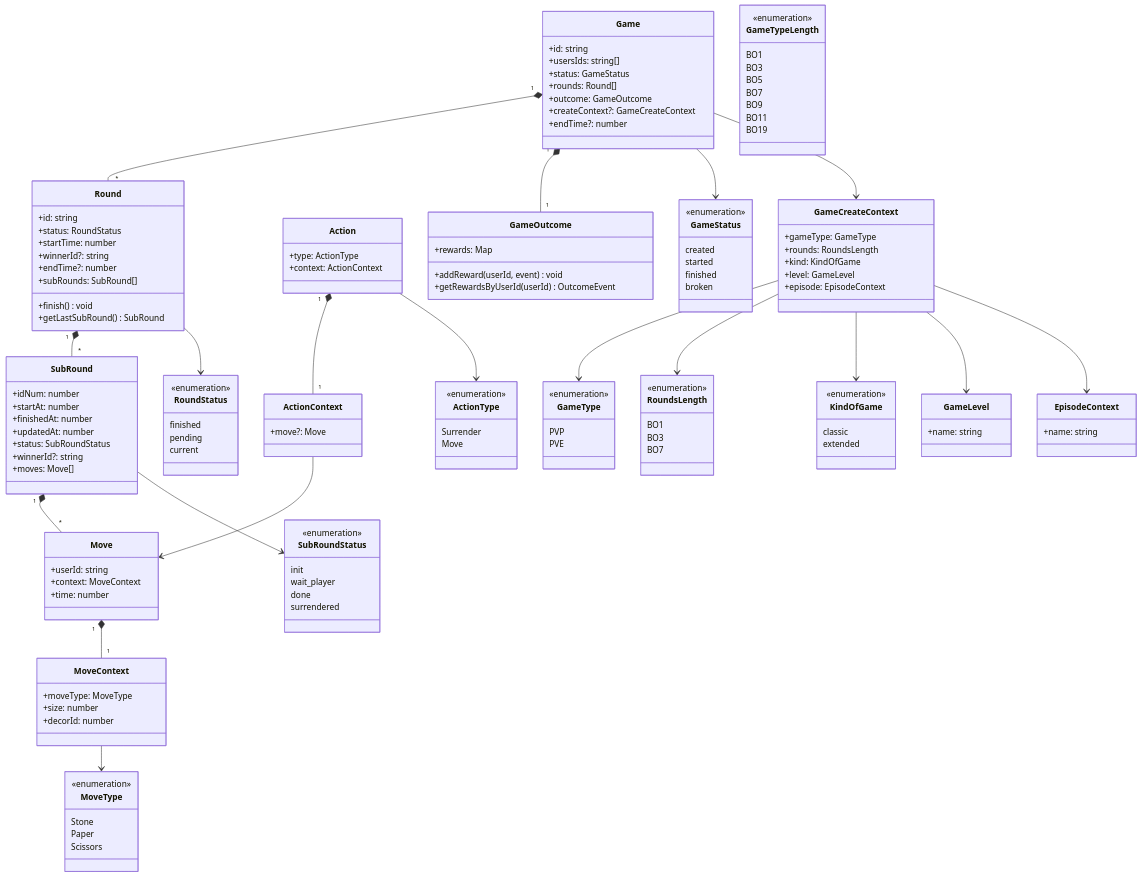
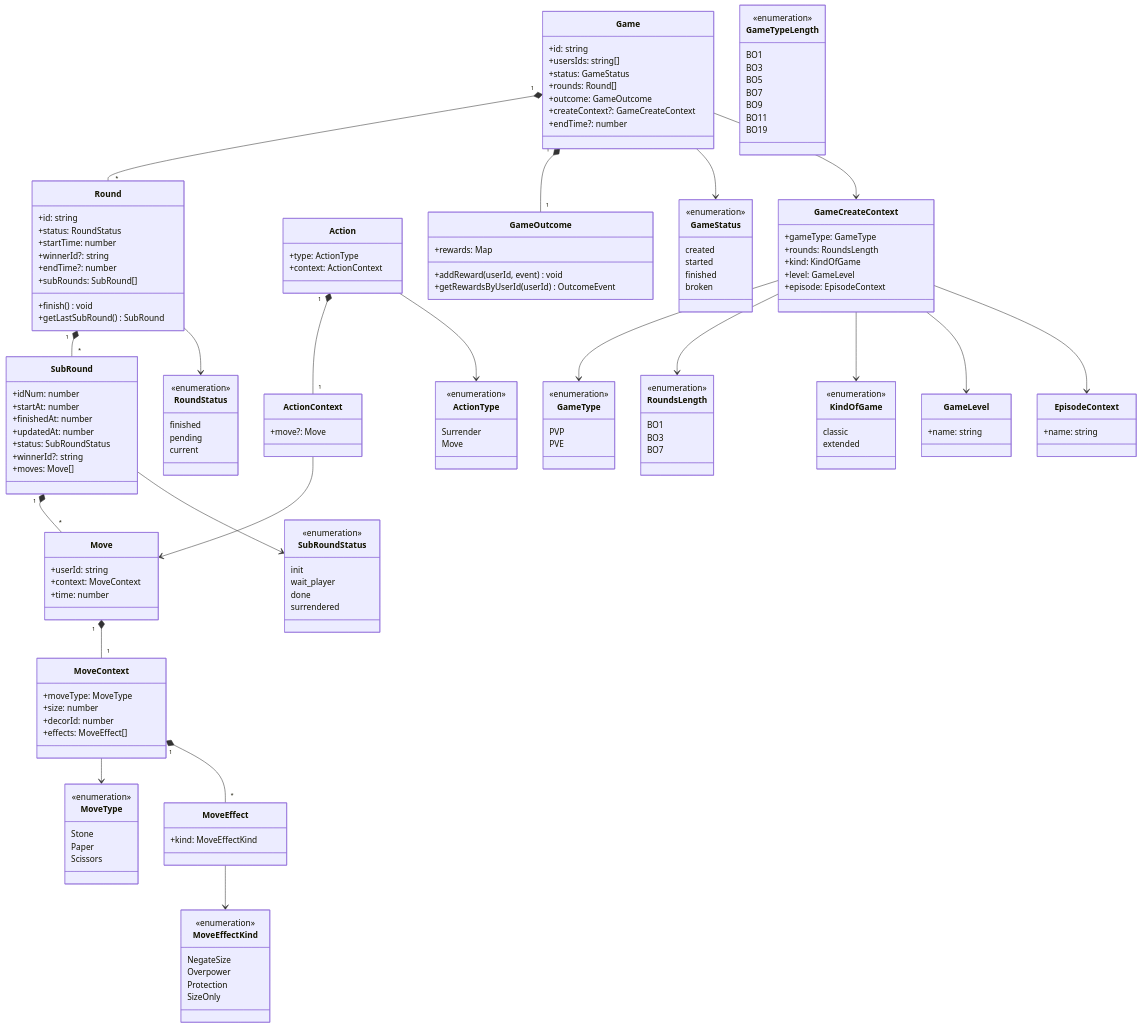
The fourth of 5 diagrams in apiv2/src/domain/CLASS_DIAGRAM.md (vku007/aval), drawn with Mermaid before and after one commit. The commit also changed 26 other files, not shown here.

First line of the commit message:
Add move effects that alter Extended size and type resolution.

```diff
--- a/apiv2/src/domain/CLASS_DIAGRAM.md
+++ b/apiv2/src/domain/CLASS_DIAGRAM.md
@@ -237,6 +237,11 @@
         +moveType: MoveType
         +size: number
         +decorId: number
+        +effects: MoveEffect[]
+    }
+
+    class MoveEffect {
+        +kind: MoveEffectKind
     }
 
     class Action {
@@ -303,6 +308,14 @@
         Scissors
     }
 
+    class MoveEffectKind {
+        <<enumeration>>
+        NegateSize
+        Overpower
+        Protection
+        SizeOnly
+    }
+
     class ActionType {
         <<enumeration>>
         Surrender
@@ -346,6 +359,8 @@
     SubRound --> SubRoundStatus
     Move "1" *-- "1" MoveContext
     MoveContext --> MoveType
+    MoveContext "1" *-- "*" MoveEffect
+    MoveEffect --> MoveEffectKind
     Action "1" *-- "1" ActionContext
     Action --> ActionType
     ActionContext --> Move
```
